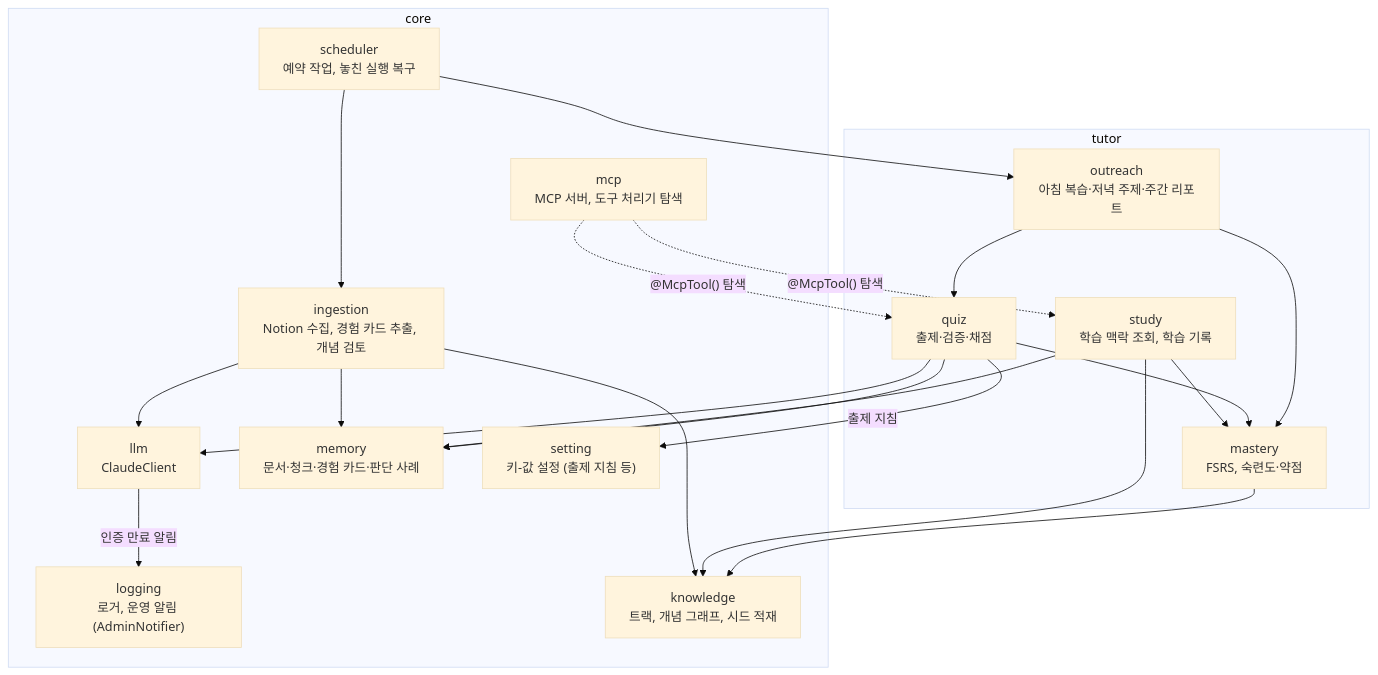
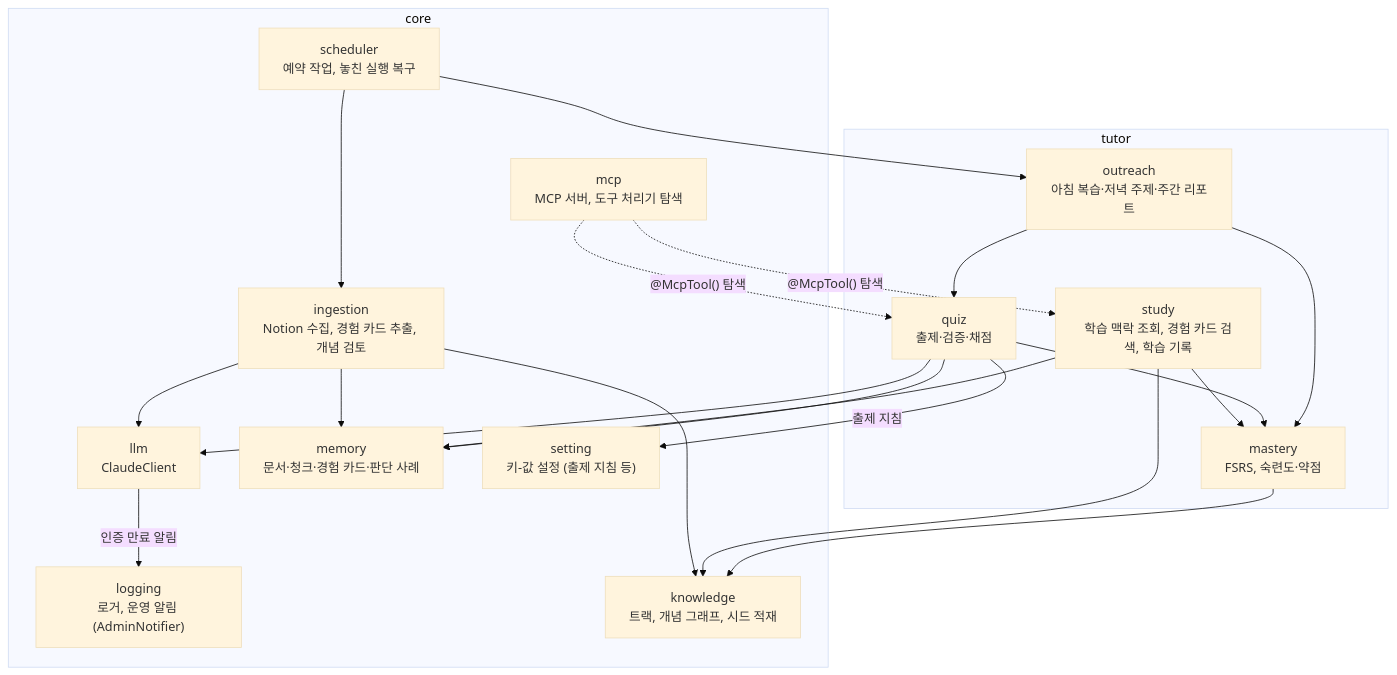
One commit to Wonchang0314/growth-assistant changed the diagram in docs/architecture/c4-3-component.md. Above: the diagram before and after it, drawn with Mermaid (base theme). The commit also changed 32 other files, not shown here.

````diff
--- a/docs/architecture/c4-3-component.md
+++ b/docs/architecture/c4-3-component.md
@@ -5,43 +5,43 @@
 ```mermaid
 flowchart TB
     subgraph core
         mcp["mcp<br/>MCP 서버, 도구 처리기 탐색"]
         llm["llm<br/>ClaudeClient"]
         logging["logging<br/>로거, 운영 알림 (AdminNotifier)"]
         memory["memory<br/>문서·청크·경험 카드·판단 사례"]
         knowledge["knowledge<br/>트랙, 개념 그래프, 시드 적재"]
         ingestion["ingestion<br/>Notion 수집, 경험 카드 추출, 개념 검토"]
         scheduler["scheduler<br/>예약 작업, 놓친 실행 복구"]
         setting["setting<br/>키-값 설정 (출제 지침 등)"]
     end
 
     subgraph tutor
-        study["study<br/>학습 맥락 조회, 학습 기록"]
+        study["study<br/>학습 맥락 조회, 경험 카드 검색, 학습 기록"]
         quiz["quiz<br/>출제·검증·채점"]
         mastery["mastery<br/>FSRS, 숙련도·약점"]
         outreach["outreach<br/>아침 복습·저녁 주제·주간 리포트"]
     end
 
     mcp -.->|"@McpTool() 탐색"| study
     mcp -.->|"@McpTool() 탐색"| quiz
     scheduler --> outreach
     scheduler --> ingestion
     llm -->|"인증 만료 알림"| logging
     quiz -->|"출제 지침"| setting
 
     ingestion --> llm
     ingestion --> memory
     ingestion --> knowledge
 
     study --> memory
     study --> knowledge
     study --> mastery
 
     quiz --> llm
     quiz --> mastery
     quiz --> memory
 
     mastery --> knowledge
     outreach --> quiz
     outreach --> mastery
 ```
````
